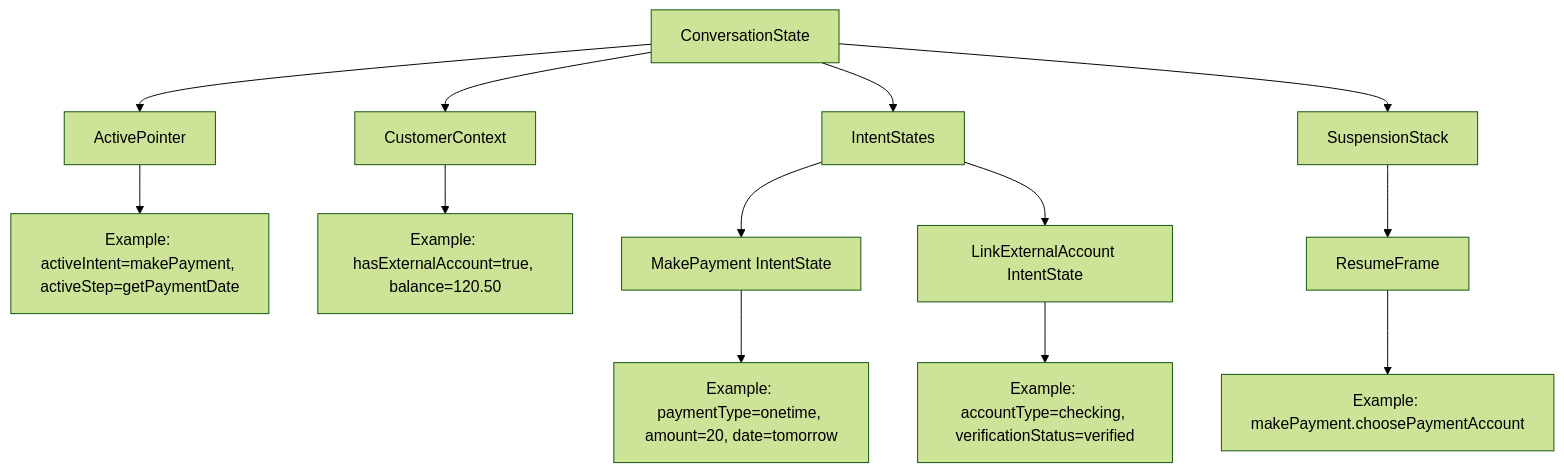
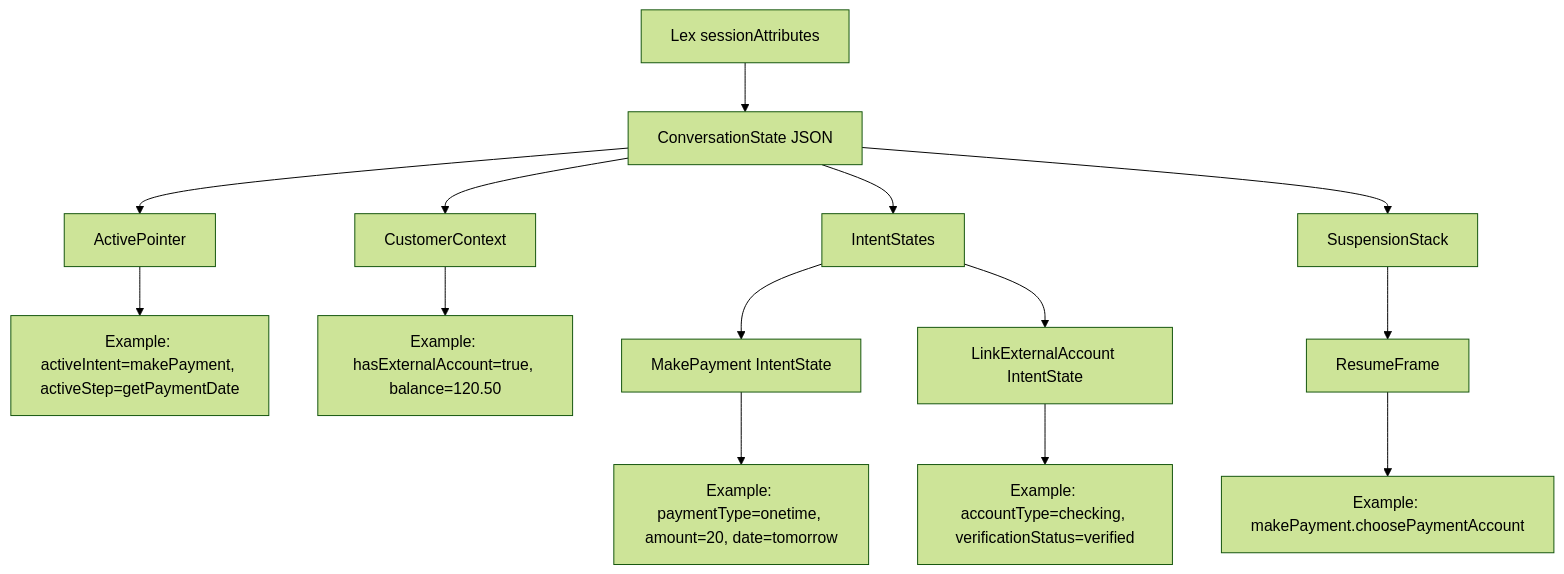
Before and after one commit to fghjkl007/adk-go-company-model-integration: the fifth of 8 diagrams in docs/superpowers/specs/2026-06-07-intent-step-orchestration-confluence.md, drawn with Mermaid (forest theme). The commit also changed other lines of this file, not shown here.

Commit message:
docs: align demo diagrams with session attributes

````diff
--- a/docs/superpowers/specs/2026-06-07-intent-step-orchestration-confluence.md
+++ b/docs/superpowers/specs/2026-06-07-intent-step-orchestration-confluence.md
@@ -114,20 +113,21 @@
 ```mermaid
 flowchart TD
-  State["ConversationState"] --> Active["ActivePointer"]
-  State --> Customer["CustomerContext"]
-  State --> Intents["IntentStates"]
-  State --> Stack["SuspensionStack"]
+  SessionAttrs["Lex sessionAttributes"] --> Conv["ConversationState JSON"]
+  Conv --> Active["ActivePointer"]
+  Conv --> Customer["CustomerContext"]
+  Conv --> Intents["IntentStates"]
+  Conv --> Stack["SuspensionStack"]
 
   Active --> ActiveEx["Example: activeIntent=makePayment, activeStep=getPaymentDate"]
 
   Customer --> CustomerEx["Example: hasExternalAccount=true, balance=120.50"]
 
   Intents --> MP["MakePayment IntentState"]
   MP --> MPEx["Example: paymentType=onetime, amount=20, date=tomorrow"]
 
   Intents --> LEA["LinkExternalAccount IntentState"]
   LEA --> LEAEx["Example: accountType=checking, verificationStatus=verified"]
 
   Stack --> Frame["ResumeFrame"]
   Frame --> FrameEx["Example: makePayment.choosePaymentAccount"]
 ```
````
